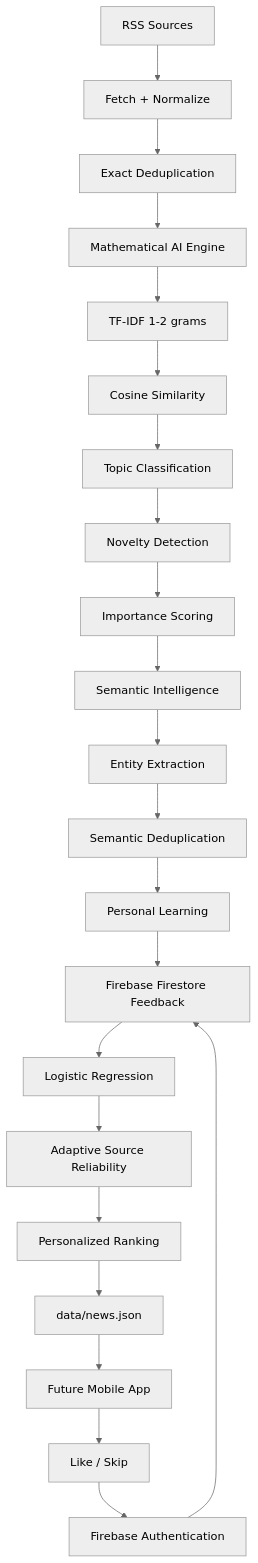
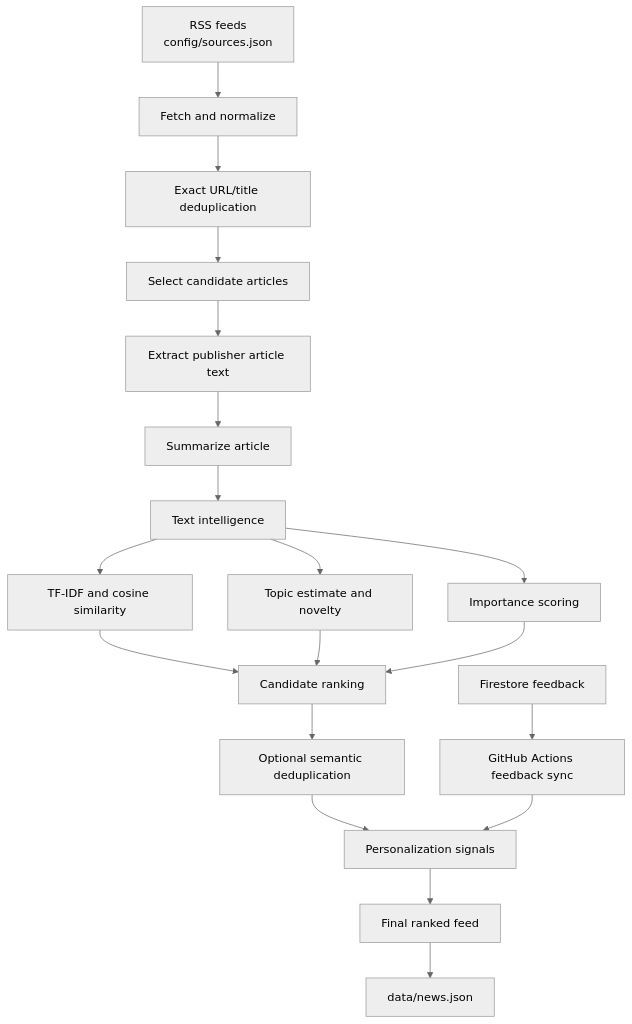
Before and after one commit to muhammedshibilm/newsbrief-ai: the diagram in README.md, drawn with Mermaid (neutral theme). The commit also changed other lines of this file, not shown here.

Commit message:
docs: improve README and architecture overview

````diff
--- a/README.md
+++ b/README.md
@@ -11,29 +21,21 @@
 ```mermaid
 flowchart TD
-    A[RSS Sources] --> B[Fetch + Normalize]
-    B --> C[Exact Deduplication]
-    C --> D[Mathematical AI Engine]
-
-    D --> D1[TF-IDF 1-2 grams]
-    D1 --> D2[Cosine Similarity]
-    D2 --> D3[Topic Classification]
-    D3 --> D4[Novelty Detection]
-    D4 --> D5[Importance Scoring]
-
-    D5 --> E[Semantic Intelligence]
-    E --> E1[Entity Extraction]
-    E1 --> E2[Semantic Deduplication]
-
-    E2 --> F[Personal Learning]
-    F --> F1[Firebase Firestore Feedback]
-    F1 --> F2[Logistic Regression]
-    F2 --> F3[Adaptive Source Reliability]
-
-    F3 --> G[Personalized Ranking]
-    G --> H[data/news.json]
-    H --> I[Future Mobile App]
-
-    I --> J[Like / Skip]
-    J --> K[Firebase Authentication]
-    K --> F1
+    A[RSS feeds<br/>config/sources.json] --> B[Fetch and normalize]
+    B --> C[Exact URL/title deduplication]
+    C --> D[Select candidate articles]
+    D --> E[Extract publisher article text]
+    E --> F[Summarize article]
+    F --> G[Text intelligence]
+    G --> G1[TF-IDF and cosine similarity]
+    G --> G2[Topic estimate and novelty]
+    G --> G3[Importance scoring]
+    G1 --> H[Candidate ranking]
+    G2 --> H
+    G3 --> H
+    H --> I[Optional semantic deduplication]
+    I --> J[Personalization signals]
+    K[Firestore feedback] --> L[GitHub Actions feedback sync]
+    L --> J
+    J --> M[Final ranked feed]
+    M --> N[data/news.json]
 ```
````
